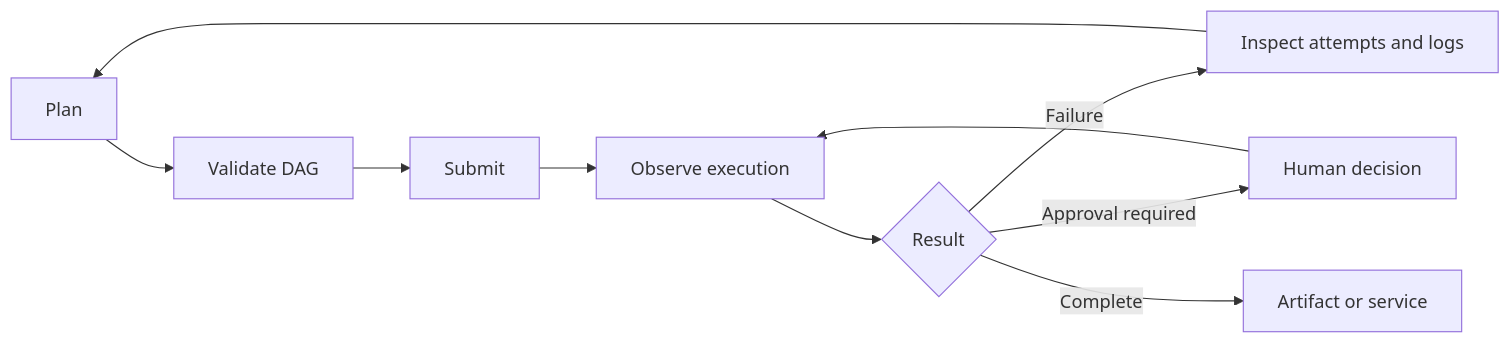
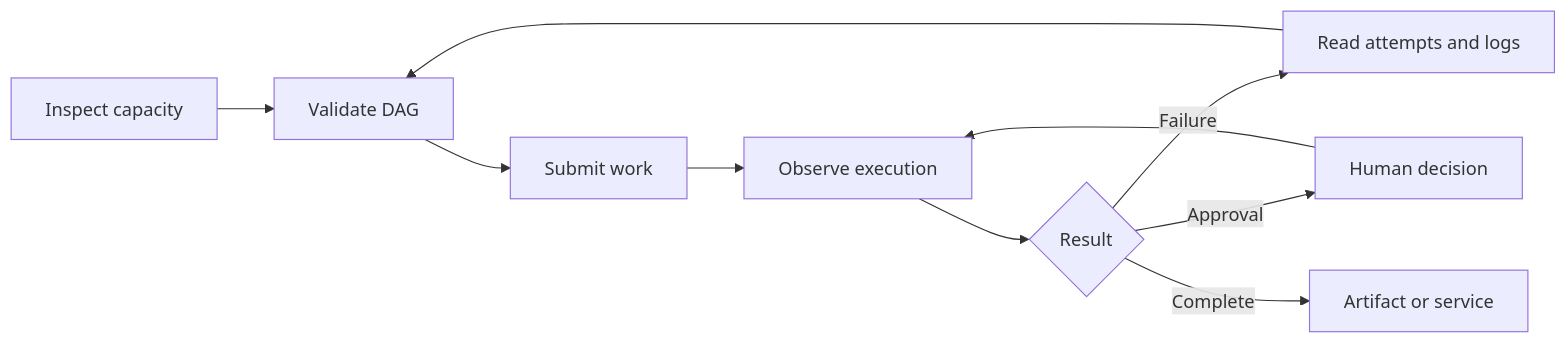
Before and after one commit to ramn51/titan-orchestrator: the second of 3 diagrams in titan-docs/docs/integrations/mcp.md, drawn with Mermaid. The commit also changed other lines of this file, not shown here.

````diff
--- a/titan-docs/docs/integrations/mcp.md
+++ b/titan-docs/docs/integrations/mcp.md
@@ -54,12 +26,12 @@
 ```mermaid
 flowchart LR
-    Plan[Plan] --> Validate[Validate DAG]
-    Validate --> Submit[Submit]
+    Inspect[Inspect capacity] --> Validate[Validate DAG]
+    Validate --> Submit[Submit work]
     Submit --> Observe[Observe execution]
-    Observe --> Decision{Result}
-    Decision -->|Failure| Diagnose[Inspect attempts and logs]
-    Diagnose --> Plan
-    Decision -->|Approval required| HITL[Human decision]
-    HITL --> Observe
-    Decision -->|Complete| Result[Artifact or service]
+    Observe --> Result{Result}
+    Result -->|Failure| Diagnose[Read attempts and logs]
+    Diagnose --> Validate
+    Result -->|Approval| Review[Human decision]
+    Review --> Observe
+    Result -->|Complete| Output[Artifact or service]
 ```
````
